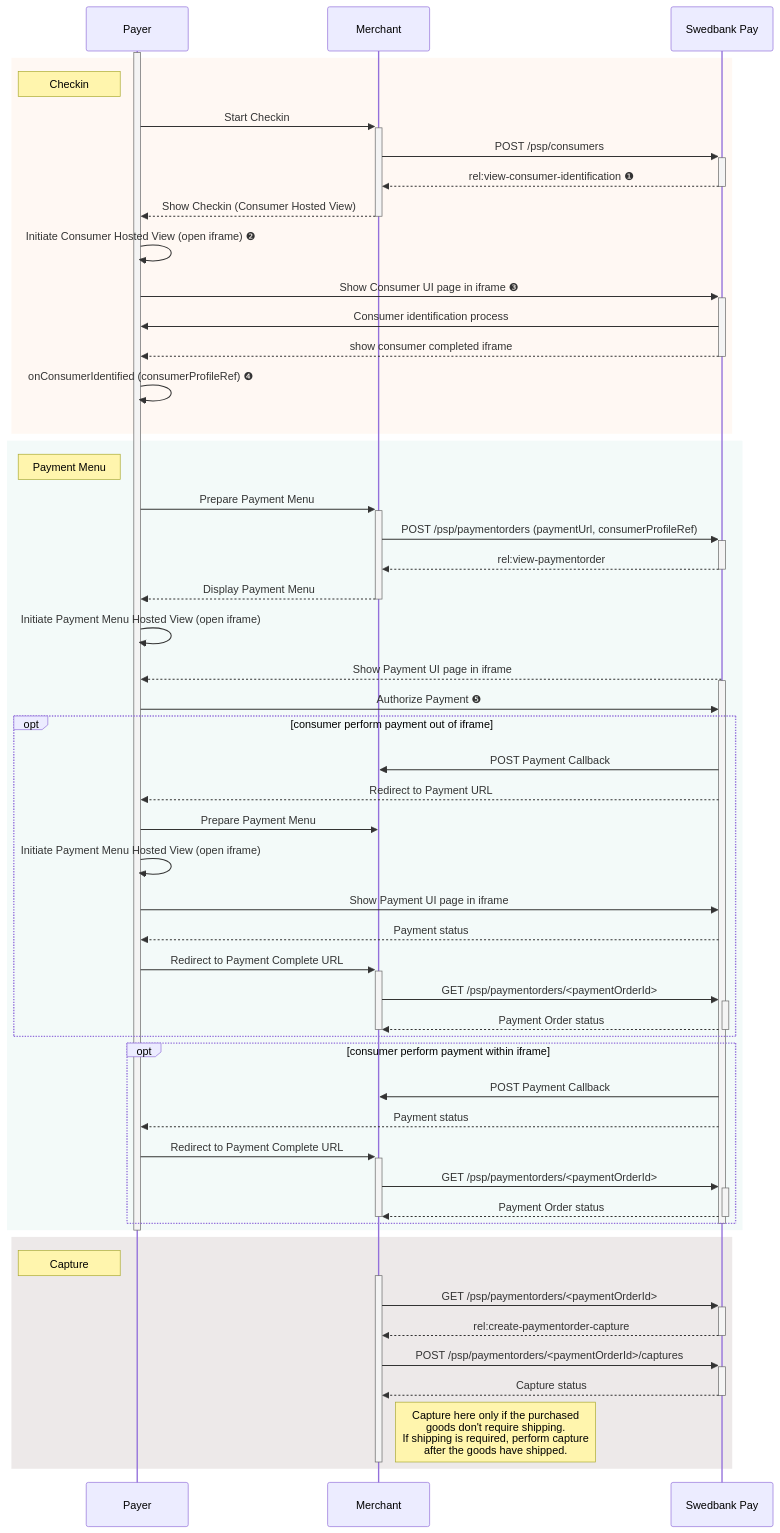
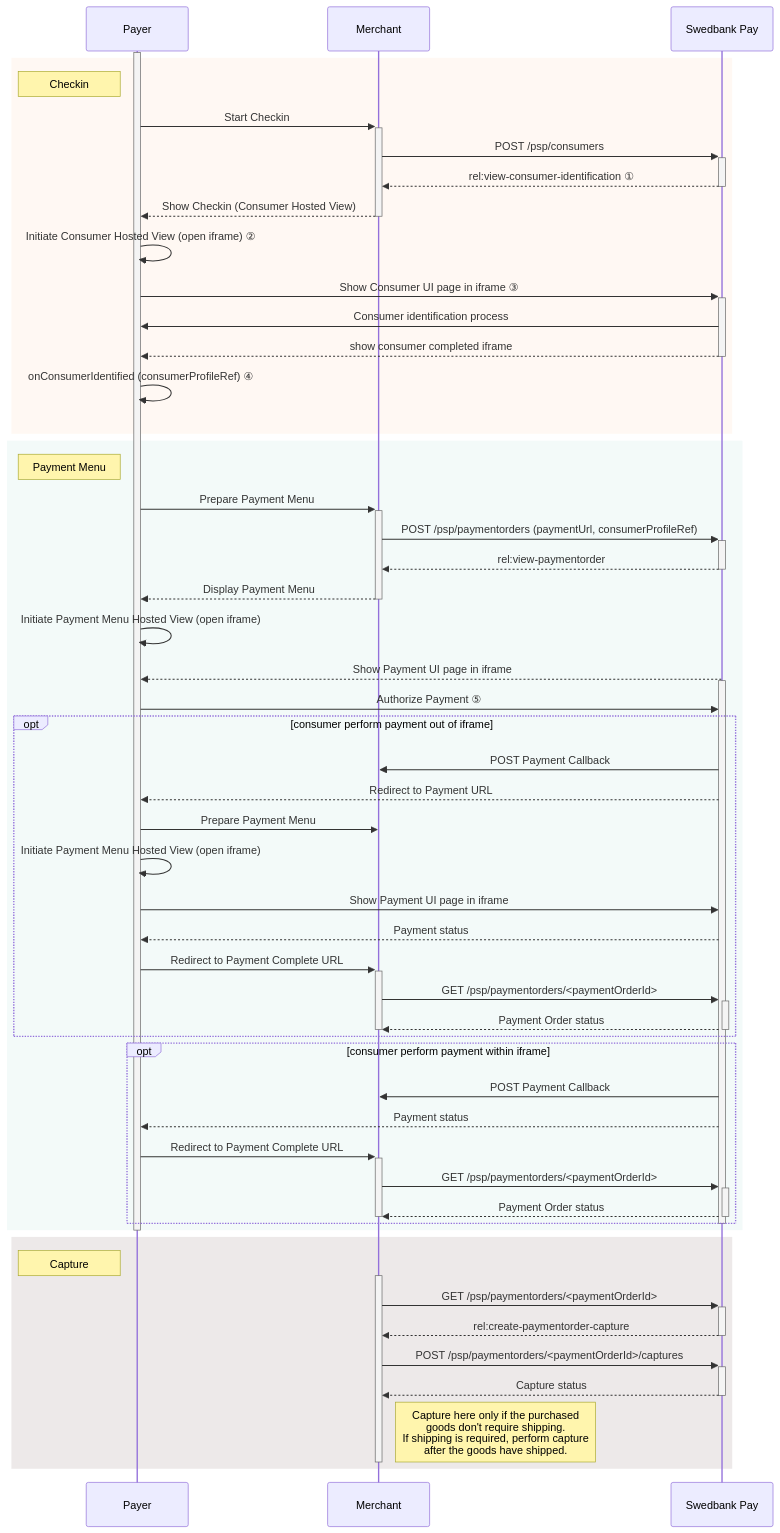
Before and after one commit to SwedbankPay/developer.swedbankpay.com: the diagram in checkout/index.md, drawn with Mermaid. The commit also changed other lines of this file, not shown here.

````diff
--- a/checkout/index.md
+++ b/checkout/index.md
@@ -61,67 +61,67 @@
 ```mermaid
 sequenceDiagram
     participant Payer
     participant Merchant
     participant SwedbankPay as Swedbank Pay
 
     activate Payer
         rect rgba(238, 112, 35, 0.05)
             note left of Payer: Checkin
 
             Payer ->>+ Merchant: Start Checkin
                 Merchant ->>+ SwedbankPay: POST /psp/consumers
-                    SwedbankPay -->>- Merchant: rel:view-consumer-identification ❶
+                    SwedbankPay -->>- Merchant: rel:view-consumer-identification ①
                 Merchant -->>- Payer: Show Checkin (Consumer Hosted View)
 
-            Payer ->> Payer: Initiate Consumer Hosted View (open iframe) ❷
-            Payer ->>+ SwedbankPay: Show Consumer UI page in iframe ❸
+            Payer ->> Payer: Initiate Consumer Hosted View (open iframe) ②
+            Payer ->>+ SwedbankPay: Show Consumer UI page in iframe ③
                 SwedbankPay ->> Payer: Consumer identification process
                 SwedbankPay -->>- Payer: show consumer completed iframe
-            Payer ->> Payer: onConsumerIdentified (consumerProfileRef) ❹
+            Payer ->> Payer: onConsumerIdentified (consumerProfileRef) ④
         end
 
         rect rgba(138,205,195,0.1)
             note left of Payer: Payment Menu
             Payer ->>+ Merchant: Prepare Payment Menu
                 Merchant ->>+ SwedbankPay: POST /psp/paymentorders (paymentUrl, consumerProfileRef)
                     SwedbankPay -->>- Merchant: rel:view-paymentorder
                 Merchant -->>- Payer: Display Payment Menu
             Payer ->> Payer: Initiate Payment Menu Hosted View (open iframe)
             SwedbankPay -->> Payer: Show Payment UI page in iframe
             activate SwedbankPay
-                Payer ->> SwedbankPay: Authorize Payment ❺
+                Payer ->> SwedbankPay: Authorize Payment ⑤
                 opt consumer perform payment out of iframe
                     SwedbankPay ->> Merchant: POST Payment Callback
                     SwedbankPay -->> Payer: Redirect to Payment URL
                     Payer ->> Merchant: Prepare Payment Menu
                     Payer ->> Payer: Initiate Payment Menu Hosted View (open iframe)
                     Payer ->> SwedbankPay: Show Payment UI page in iframe
                     SwedbankPay -->> Payer: Payment status
                     Payer ->>+ Merchant: Redirect to Payment Complete URL
                         Merchant ->>+ SwedbankPay: GET /psp/paymentorders/<paymentOrderId>
                             SwedbankPay -->>- Merchant: Payment Order status
                     deactivate Merchant
                 end
                 opt consumer perform payment within iframe
                     SwedbankPay ->> Merchant: POST Payment Callback
                     SwedbankPay -->> Payer: Payment status
                     Payer ->>+ Merchant: Redirect to Payment Complete URL
                         Merchant ->>+ SwedbankPay: GET /psp/paymentorders/<paymentOrderId>
                             SwedbankPay -->>- Merchant: Payment Order status
                     deactivate Merchant
                 end
             deactivate SwedbankPay
         end
     deactivate Payer
 
     rect rgba(81,43,43,0.1)
         note left of Payer: Capture
         activate Merchant
             Merchant ->>+ SwedbankPay: GET /psp/paymentorders/<paymentOrderId>
                 SwedbankPay -->>- Merchant: rel:create-paymentorder-capture
             Merchant ->>+ SwedbankPay: POST /psp/paymentorders/<paymentOrderId>/captures
                 SwedbankPay -->>- Merchant: Capture status
             note right of Merchant: Capture here only if the purchased<br/>goods don't require shipping.<br/>If shipping is required, perform capture<br/>after the goods have shipped.
         deactivate Merchant
     end
 ```
````
